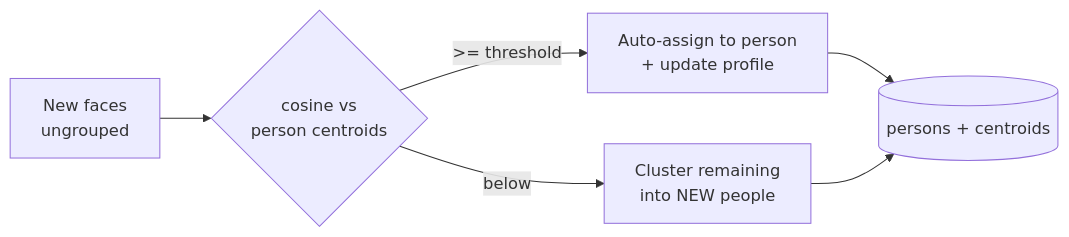
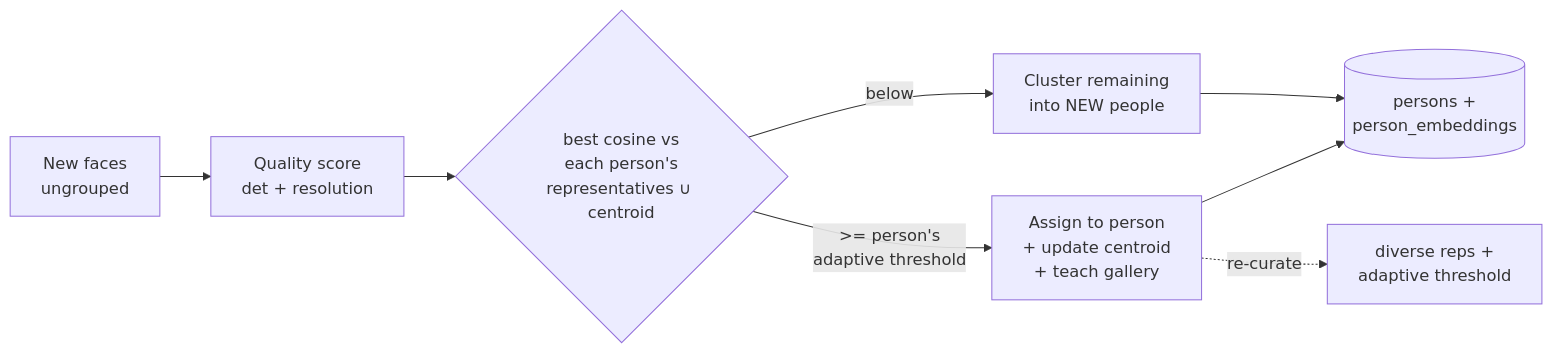
Before and after one commit to RamSinghKarki/Photos_App: the diagram in docs/LEARNING.md, drawn with Mermaid. The commit also changed other lines of this file and 13 other files, not shown here.

````diff
--- a/docs/LEARNING.md
+++ b/docs/LEARNING.md
@@ -14,8 +21,10 @@
 ```mermaid
 flowchart LR
-    NF[New faces<br/>ungrouped] --> M{cosine vs<br/>person centroids}
-    M -- ">= threshold" --> A[Auto-assign to person<br/>+ update profile]
+    NF[New faces<br/>ungrouped] --> Q[Quality score<br/>det + resolution]
+    Q --> M{best cosine vs<br/>each person's<br/>representatives ∪ centroid}
+    M -- ">= person's<br/>adaptive threshold" --> A[Assign to person<br/>+ update centroid<br/>+ teach gallery]
     M -- "below" --> C[Cluster remaining<br/>into NEW people]
-    A --> KB[(persons + centroids)]
+    A --> KB[(persons +<br/>person_embeddings)]
     C --> KB
+    A -.re-curate.-> G[diverse reps +<br/>adaptive threshold]
 ```
````
